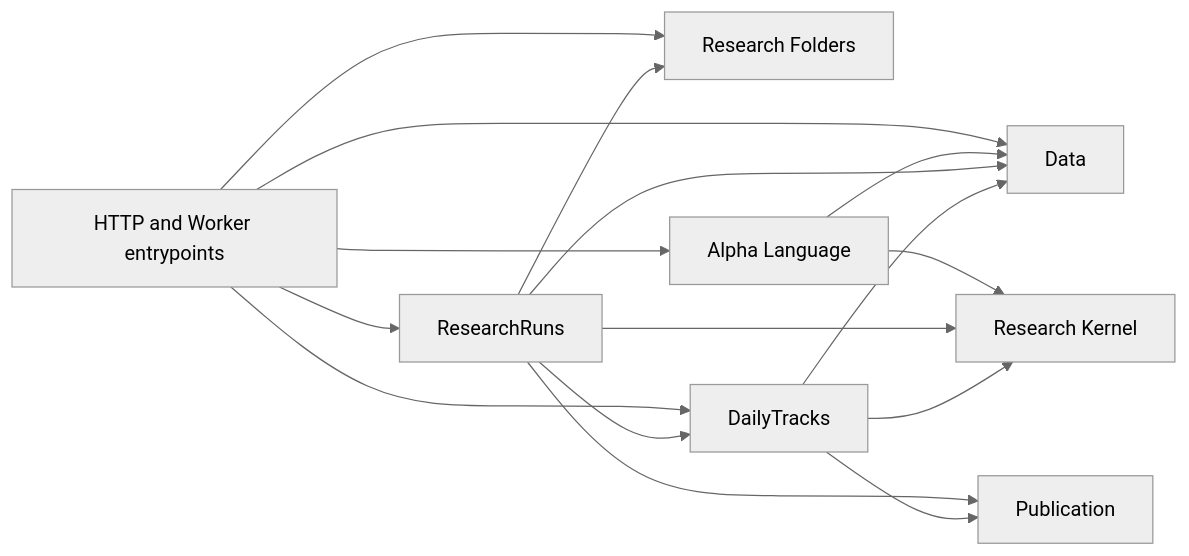
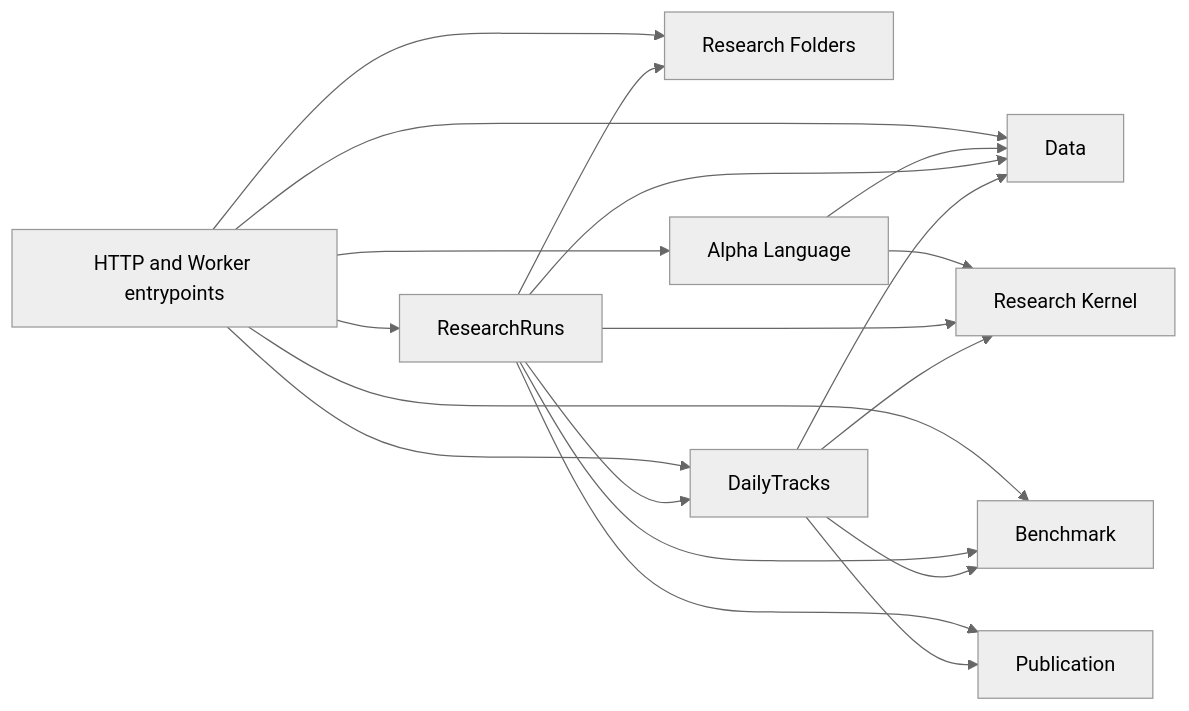
One commit to humeo/thesistrace changed the second of 2 diagrams in docs/architecture/core.md. Above: the diagram before and after it, drawn with Mermaid (neutral theme). The commit also changed other lines of this file and 35 other files, not shown here.

````diff
--- a/docs/architecture/core.md
+++ b/docs/architecture/core.md
@@ -122,18 +132,21 @@
 ```mermaid
 flowchart LR
     E["HTTP and Worker entrypoints"] --> F["Research Folders"]
     E --> R["ResearchRuns"]
     E --> T["DailyTracks"]
     E --> A["Data"]
+    E --> B["Benchmark"]
     E --> L["Alpha Language"]
     L --> A
     L --> K["Research Kernel"]
     R --> F
     R --> A
     R --> K
+    R --> B
     R --> P["Publication"]
     R --> T
     T --> A
     T --> K
+    T --> B
     T --> P
 ```
````
